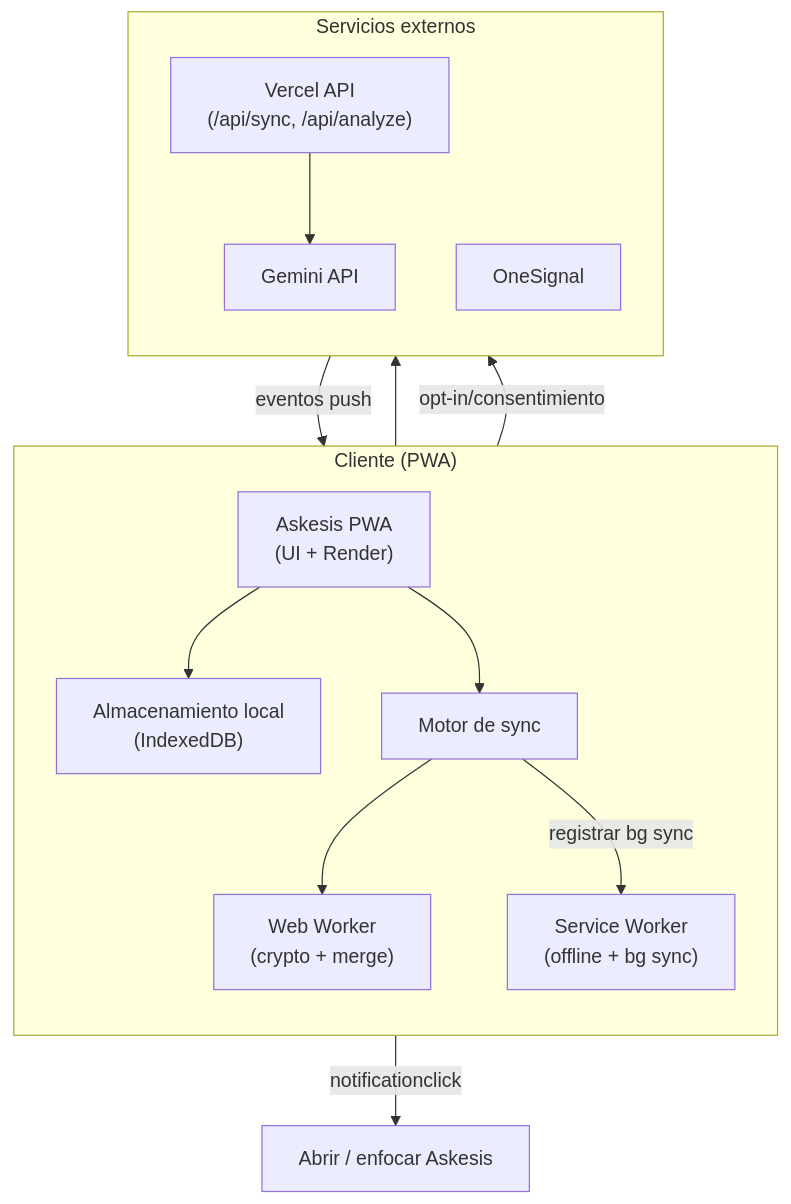
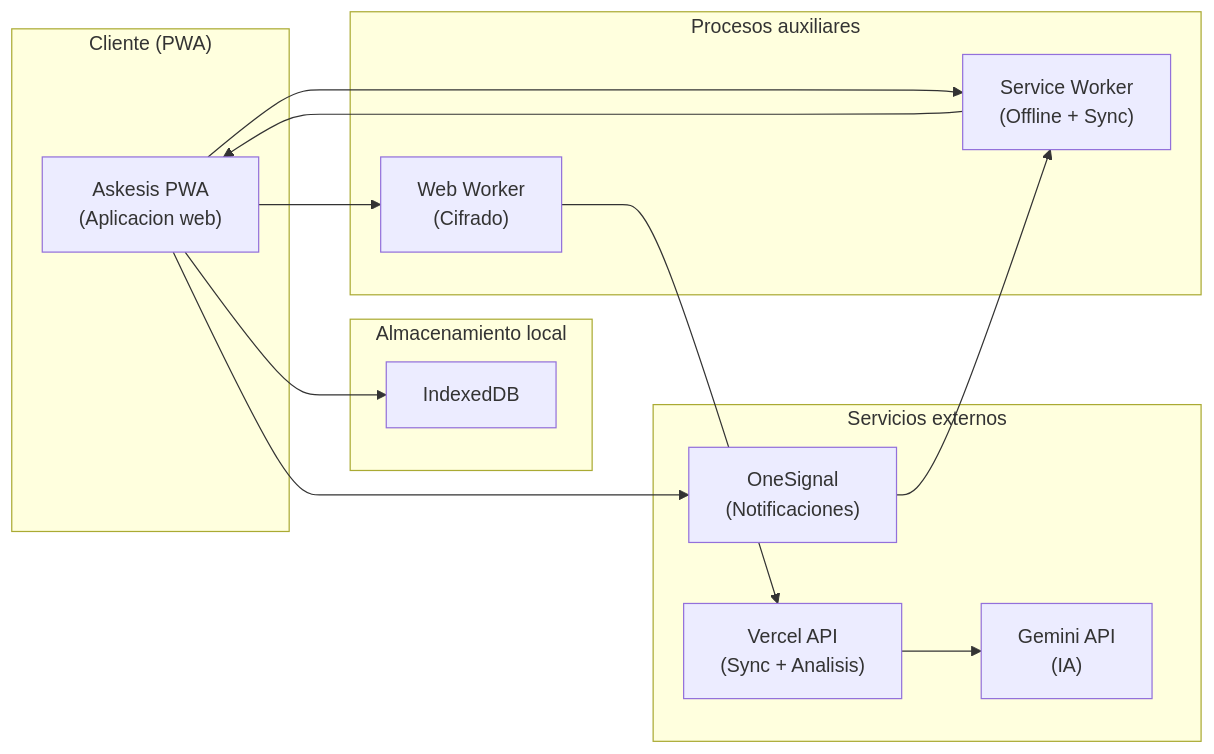
Diagram 14 of 18 in README.md (farifran/askesis), drawn with Mermaid before and after one commit. The commit also changed other lines of this file, not shown here.

Commit message:
Remove ASCII tech radar and update data lifecycle diagrams to use Mermaid syntax

````diff
--- a/README.md
+++ b/README.md
@@ -3062,32 +3020,34 @@
 ```mermaid
-flowchart TB
-  %% Nivel 2 = vista de contenedores (sin repetir nombres de archivos del Nivel 3)
-  %% Nota: evitamos el "loop" SW -> PWA para reducir cruces en el render de GitHub.
+flowchart LR
+  %% Nivel 2 = vista de contenedores (contenedores de alto nivel, sin detalles del Nivel 3)
+  %% Ajustado para evitar cruces: flujo horizontal, contenedor unico para el cliente
+
   subgraph Client["Cliente (PWA)"]
-    direction TB
-    PWA["Askesis PWA\n(UI + Render)"]
-    Store["Almacenamiento local\n(IndexedDB)"]
-    Sync["Motor de sync"]
-    Worker["Web Worker\n(crypto + merge)"]
-    SW["Service Worker\n(offline + bg sync)"]
+    PWA["Askesis PWA\n(Aplicacion web)"]
+  end
+
+  subgraph Storage["Almacenamiento local"]
+    Store["IndexedDB"]
+  end
+
+  subgraph Workers["Procesos auxiliares"]
+    Worker["Web Worker\n(Cifrado)"]
+    SW["Service Worker\n(Offline + Sync)"]
   end
 
   subgraph External["Servicios externos"]
-    direction TB
-    API["Vercel API\n(/api/sync, /api/analyze)"]
-    AI["Gemini API"]
-    PUSH["OneSignal"]
+    API["Vercel API\n(Sync + Analisis)"]
+    AI["Gemini API\n(IA)"]
+    PUSH["OneSignal\n(Notificaciones)"]
   end
 
-  %% Flujos base
+  %% Flujos principales (sin cruces)
   PWA --> Store
-  PWA --> Sync
-  Sync --> Worker
-  Sync --> API --> AI
-
-  %% Sync en background + notificaciones push
-  Sync -->|registrar bg sync| SW
-  PWA -->|opt-in/consentimiento| PUSH
-  PUSH -->|eventos push| SW
-  SW -->|notificationclick| Open["Abrir / enfocar Askesis"]
+  PWA --> Worker
+  PWA --> SW
+  Worker --> API
+  API --> AI
+  PWA --> PUSH
+  PUSH --> SW
+  SW --> PWA
 ```
````
